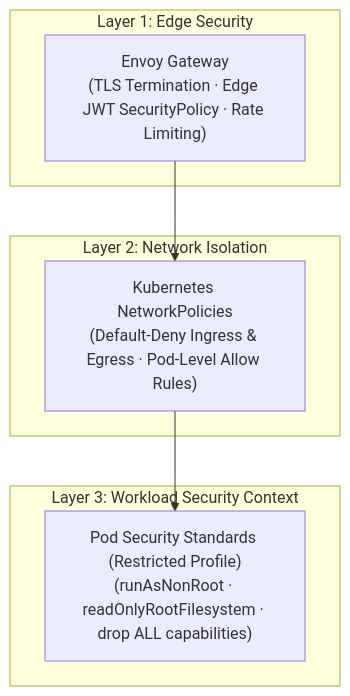
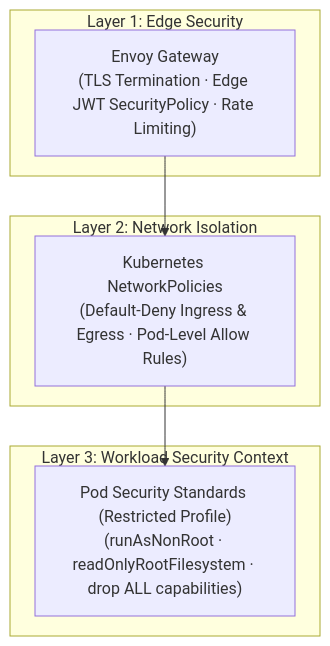
One commit to Joel-Ajayi/rrq-gitops changed the diagram in docs/SECURITY.md. Above: the diagram before and after it, drawn with Mermaid. The commit also changed other lines of this file and 3 other files, not shown here.

First line of the commit message:
docs: make mermaid diagrams scrollable and compact

````diff
--- a/docs/SECURITY.md
+++ b/docs/SECURITY.md
@@ -9,17 +11,18 @@
 ```mermaid
+%%{init: {"flowchart": {"useMaxWidth": false, "nodeSpacing": 30, "rankSpacing": 40}}}%%
 graph TD
   subgraph "Layer 1: Edge Security"
     gateway["Envoy Gateway<br/>(TLS Termination · Edge JWT SecurityPolicy · Rate Limiting)"]
   end
 
   subgraph "Layer 2: Network Isolation"
     netpol["Kubernetes NetworkPolicies<br/>(Default-Deny Ingress & Egress · Pod-Level Allow Rules)"]
   end
 
   subgraph "Layer 3: Workload Security Context"
     pod["Pod Security Standards (Restricted Profile)<br/>(runAsNonRoot · readOnlyRootFilesystem · drop ALL capabilities)"]
   end
 
   gateway --> netpol
   netpol --> pod
 ```
````
